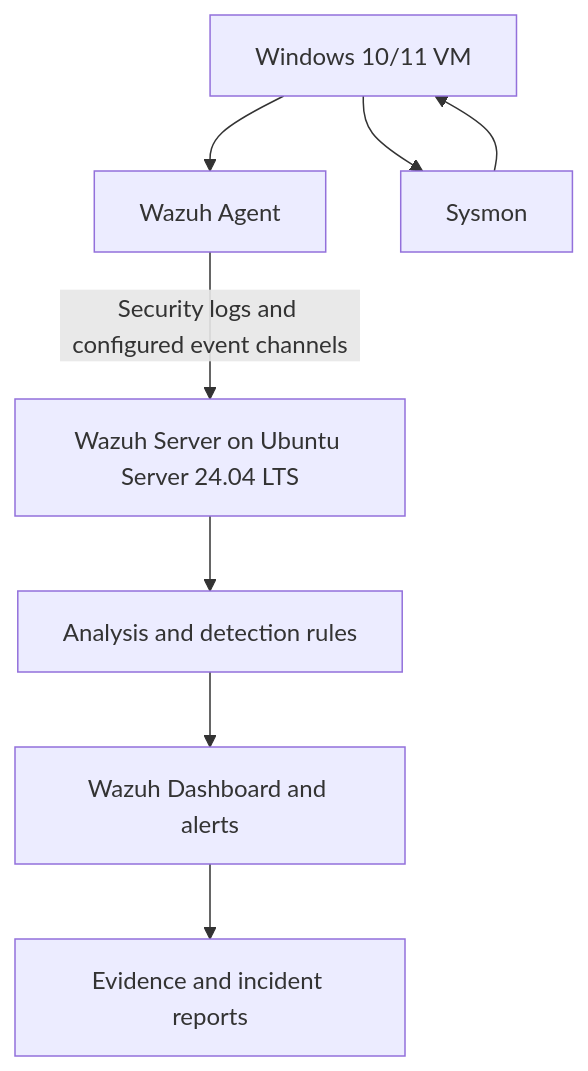
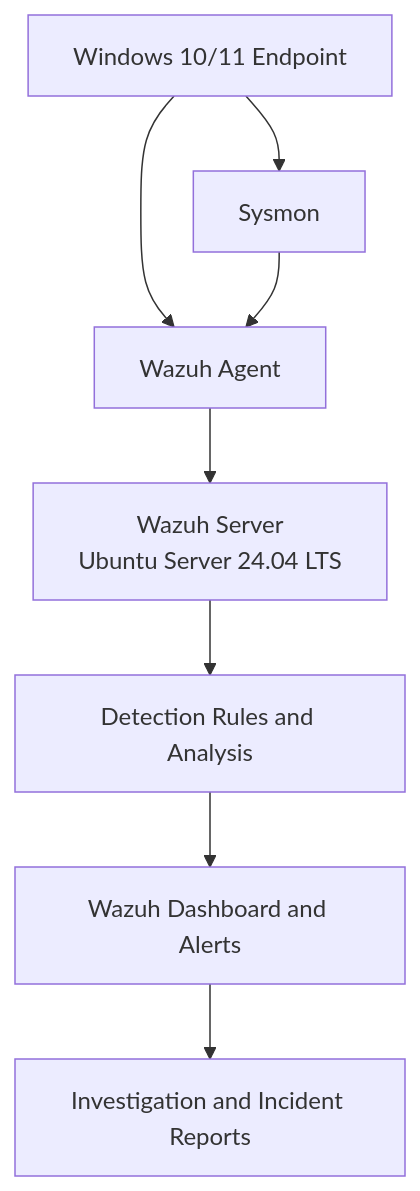
Before and after one commit to IamMohammedK/wazuh-windows-soc: the diagram in README.md, drawn with Mermaid. The commit also changed other lines of this file, not shown here.

Commit message:
Revise architecture diagram in README.md
Updated the architecture diagram in README.md for clarity and consistency.

````diff
--- a/README.md
+++ b/README.md
@@ -24,10 +27,10 @@
 ```mermaid
 flowchart TD
-    A[Windows 10/11 VM] --> B[Wazuh Agent]
-    A --> C[Sysmon]
-    C --> A
-    B -->|Security logs and configured event channels| D[Wazuh Server on Ubuntu Server 24.04 LTS]
-    D --> E[Analysis and detection rules]
-    E --> F[Wazuh Dashboard and alerts]
-    F --> G[Evidence and incident reports]
+    A["Windows 10/11 Endpoint"] --> B["Wazuh Agent"]
+    A --> C["Sysmon"]
+    C --> B
+    B --> D["Wazuh Server<br/>Ubuntu Server 24.04 LTS"]
+    D --> E["Detection Rules and Analysis"]
+    E --> F["Wazuh Dashboard and Alerts"]
+    F --> G["Investigation and Incident Reports"]
 ```
````
